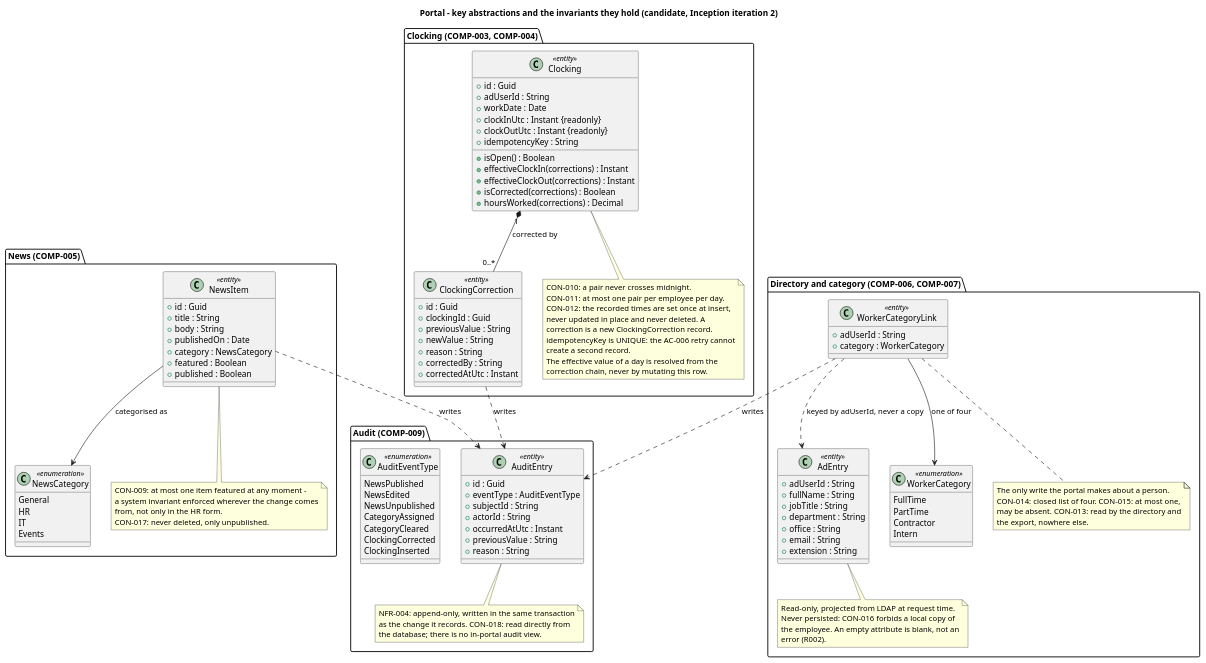
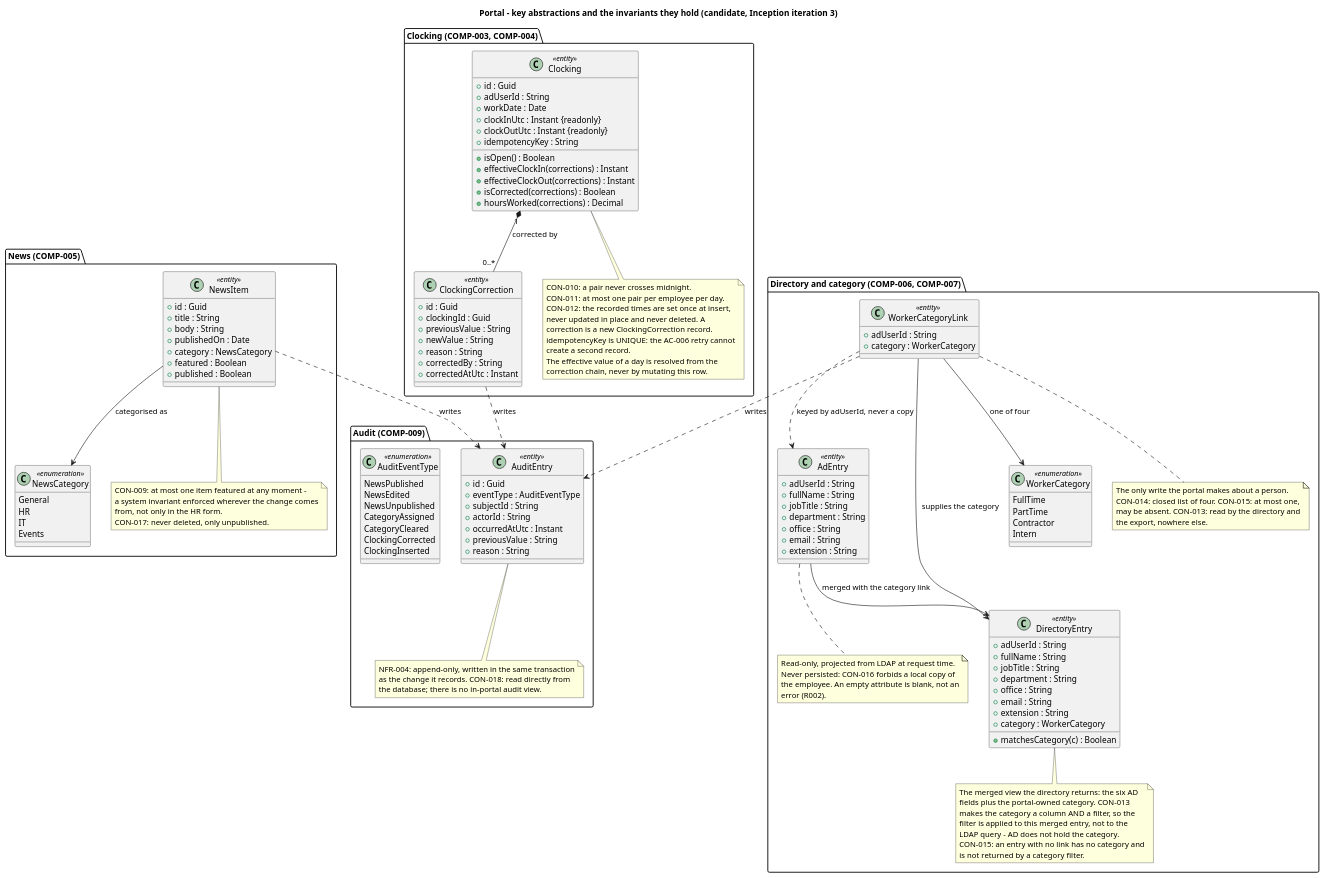
One commit to banense-test/portal changed the sixth of 8 diagrams in docs/artifacts/analysis---design/software-architecture-document.md. Above: the diagram before and after it, drawn with PlantUML. The commit also changed other lines of this file, not shown here.

First line of the commit message:
Software Architect [I3]: upsert Software Architecture Document

````diff
--- a/docs/artifacts/analysis---design/software-architecture-document.md
+++ b/docs/artifacts/analysis---design/software-architecture-document.md
@@ -576,6 +593,6 @@
 ```plantuml
 @startuml Portal_Class
-title Portal - key abstractions and the invariants they hold (candidate, Inception iteration 2)
+title Portal - key abstractions and the invariants they hold (candidate, Inception iteration 3)
 
 package "Clocking (COMP-003, COMP-004)" {
   class "Clocking" as CLK <<entity>> {
@@ -647,6 +664,17 @@
     + email : String
     + extension : String
   }
+  class "DirectoryEntry" as DENT <<entity>> {
+    + adUserId : String
+    + fullName : String
+    + jobTitle : String
+    + department : String
+    + office : String
+    + email : String
+    + extension : String
+    + category : WorkerCategory
+    + matchesCategory(c) : Boolean
+  }
   class "WorkerCategoryLink" as WCL <<entity>> {
     + adUserId : String
     + category : WorkerCategory
@@ -662,6 +690,15 @@
     Never persisted: CON-016 forbids a local copy of
     the employee. An empty attribute is blank, not an
     error (R002).
+  end note
+  note bottom of DENT
+    The merged view the directory returns: the six AD
+    fields plus the portal-owned category. CON-013
+    makes the category a column AND a filter, so the
+    filter is applied to this merged entry, not to the
+    LDAP query - AD does not hold the category.
+    CON-015: an entry with no link has no category and
+    is not returned by a category filter.
   end note
   note bottom of WCL
     The only write the portal makes about a person.
@@ -701,6 +738,8 @@
 NEWS --> NCAT : categorised as
 WCL --> WCAT : one of four
 WCL ..> ADE : keyed by adUserId, never a copy
+ADE --> DENT : merged with the category link
+WCL --> DENT : supplies the category
 CORR ..> AUD : writes
 NEWS ..> AUD : writes
 WCL ..> AUD : writes
````
